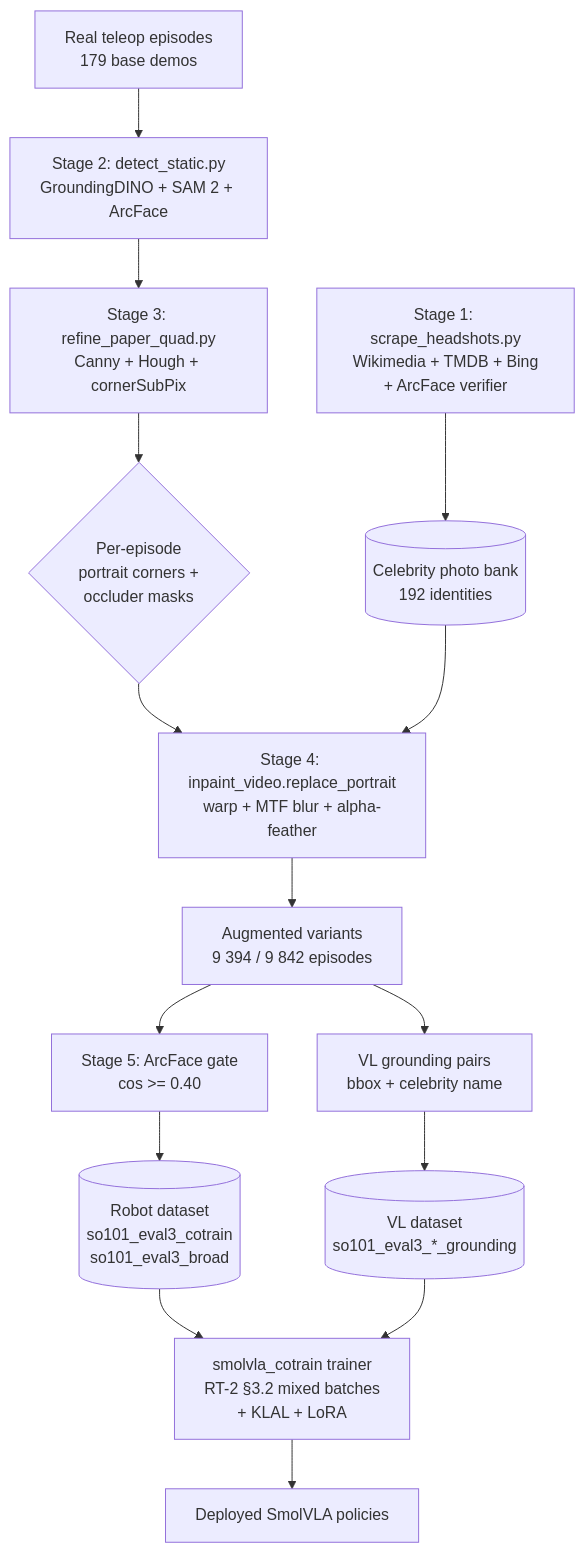
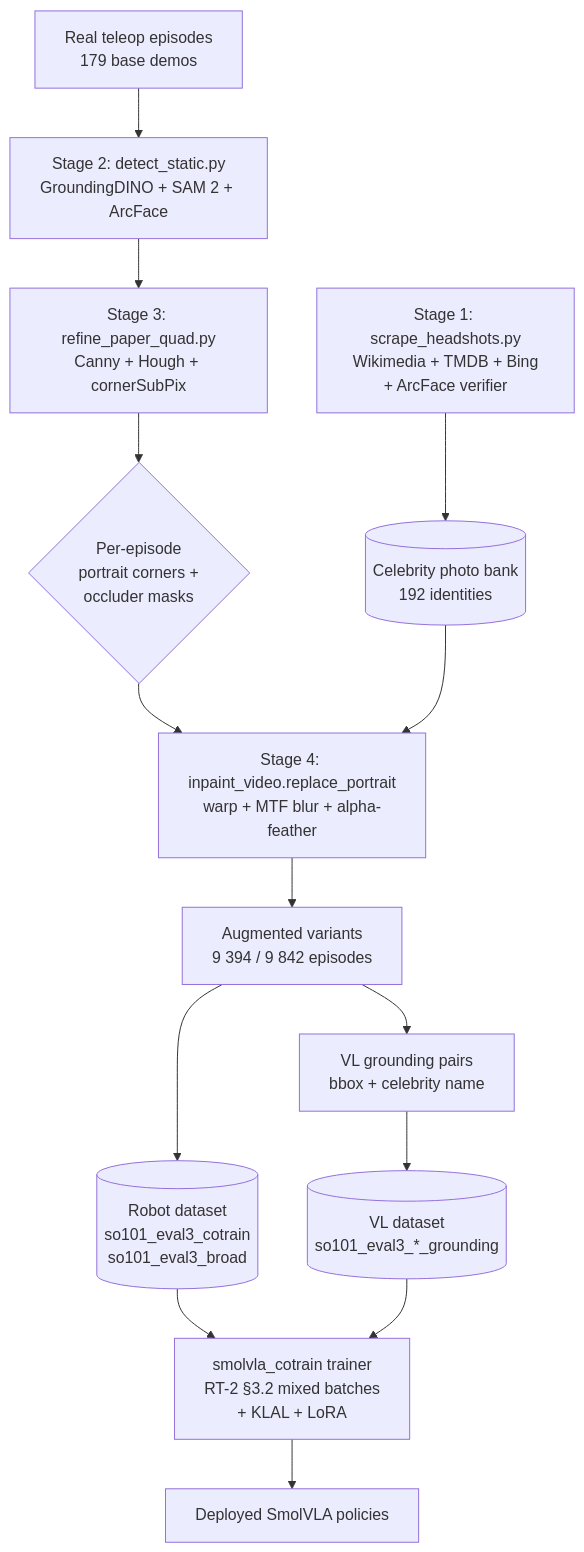
Before and after one commit to Ace3Z/LeMonkey: the first of 4 diagrams in eval_3/aug/README.md, drawn with Mermaid. The commit also changed other lines of this file and 4 other files, not shown here.

````diff
--- a/eval_3/aug/README.md
+++ b/eval_3/aug/README.md
@@ -33,17 +32,16 @@
 ```mermaid
 flowchart TB
     A[Real teleop episodes<br/>179 base demos] --> B[Stage 2: detect_static.py<br/>GroundingDINO + SAM 2 + ArcFace]
     B --> C[Stage 3: refine_paper_quad.py<br/>Canny + Hough + cornerSubPix]
     C --> D{Per-episode<br/>portrait corners +<br/>occluder masks}
     M[Stage 1: scrape_headshots.py<br/>Wikimedia + TMDB + Bing<br/>+ ArcFace verifier] --> N[(Celebrity photo bank<br/>192 identities)]
     D --> E[Stage 4: inpaint_video.replace_portrait<br/>warp + MTF blur + alpha-feather]
     N --> E
     E --> F[Augmented variants<br/>9 394 / 9 842 episodes]
-    F --> G[Stage 5: ArcFace gate<br/>cos &gt;= 0.40]
-    G --> H[(Robot dataset<br/>so101_eval3_cotrain<br/>so101_eval3_broad)]
+    F --> H[(Robot dataset<br/>so101_eval3_cotrain<br/>so101_eval3_broad)]
     F --> I[VL grounding pairs<br/>bbox + celebrity name]
     I --> J[(VL dataset<br/>so101_eval3_*_grounding)]
     H --> K[smolvla_cotrain trainer<br/>RT-2 §3.2 mixed batches<br/>+ KLAL + LoRA]
     J --> K
     K --> L[Deployed SmolVLA policies]
 ```
````
